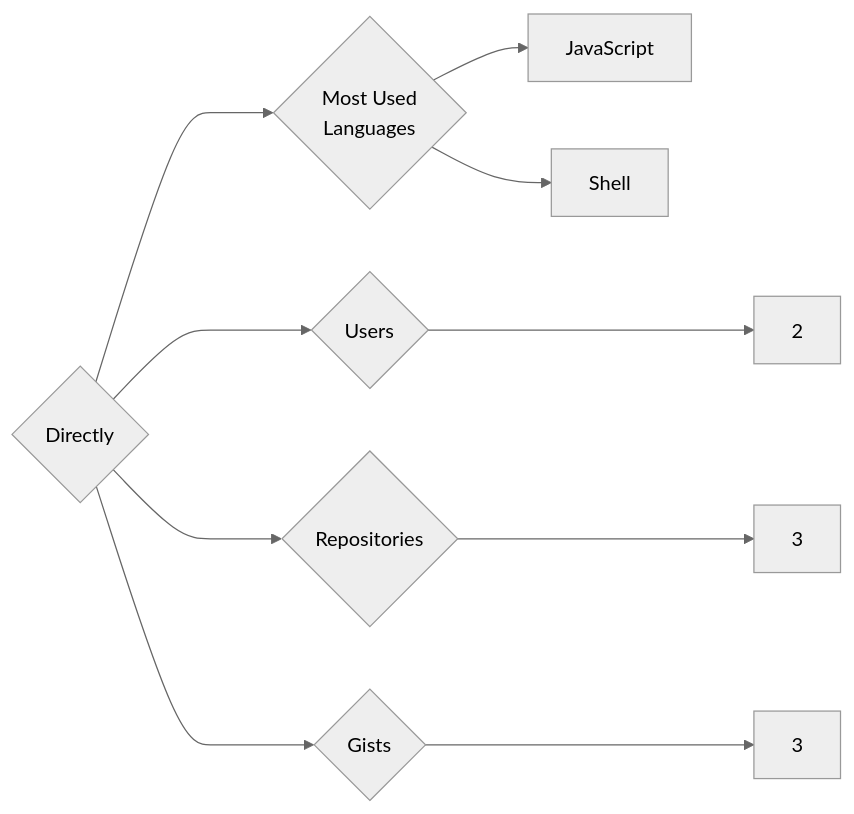
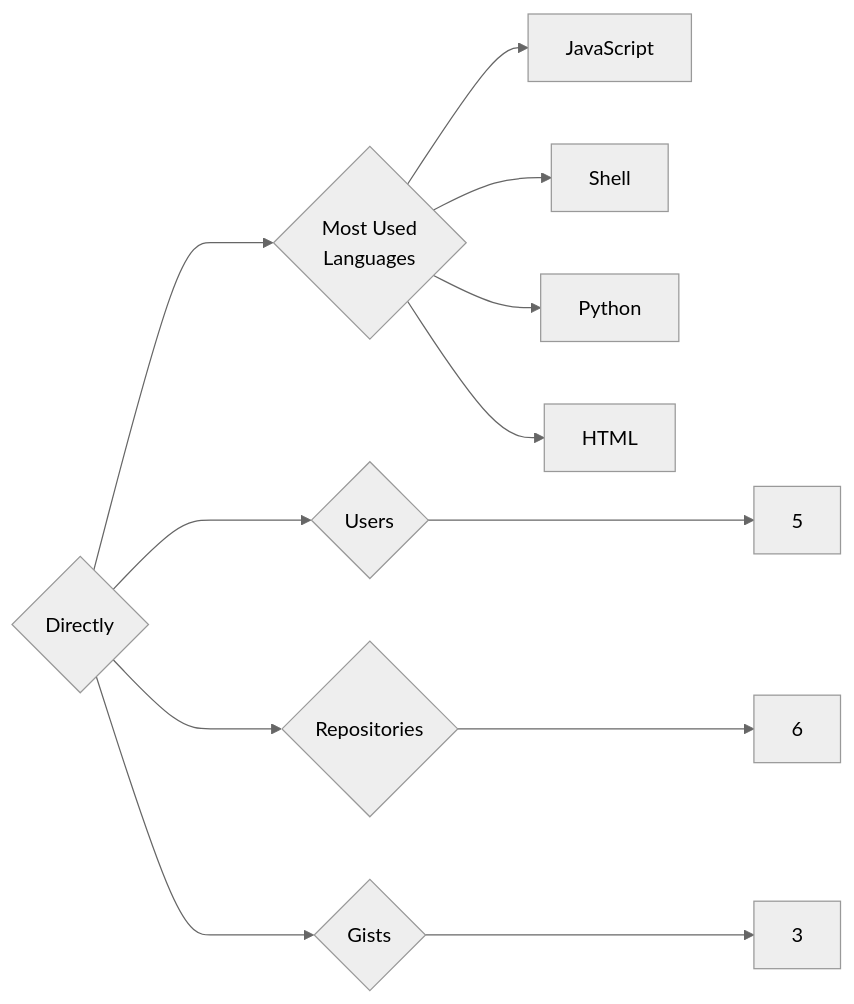
The diagram in targets/Directly/README.md (trickest/insiders), drawn with Mermaid (neutral theme) before and after one commit. The commit also changed 874 other files, not shown here.

````diff
--- a/targets/Directly/README.md
+++ b/targets/Directly/README.md
@@ -3,10 +3,12 @@
 ```mermaid
 graph LR
 COMPANY_NAME{Directly}
-COMPANY_NAME ---> U{Users} ---> UN[2]
-COMPANY_NAME ---> R{Repositories} ---> RN[3]
+COMPANY_NAME ---> U{Users} ---> UN[5]
+COMPANY_NAME ---> R{Repositories} ---> RN[6]
 COMPANY_NAME ---> G{Gists} ---> GN[3]
 COMPANY_NAME ---> ML{Most Used<br>Languages}
 ML --> JavaScript[JavaScript]
 ML --> Shell[Shell]
+ML --> Python[Python]
+ML --> HTML[HTML]
 ```
````
